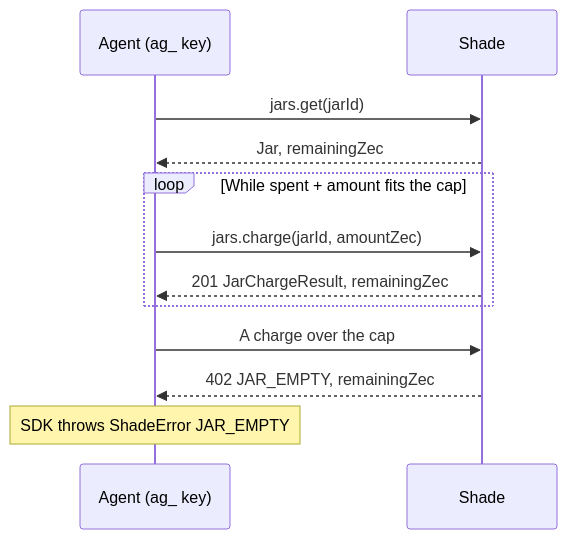
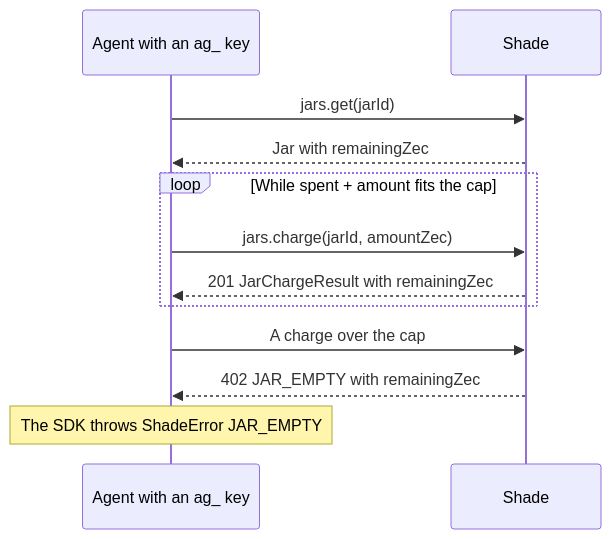
Before and after one commit to billi-x4/Shade: the second of 4 diagrams in backend/sdk/README.md, drawn with Mermaid. The commit also changed other lines of this file and 3 other files, not shown here.

````diff
--- a/backend/sdk/README.md
+++ b/backend/sdk/README.md
@@ -131,14 +259,14 @@
 ```mermaid
 sequenceDiagram
-  participant A as Agent (ag_ key)
+  participant A as Agent with an ag_ key
   participant S as Shade
   A->>S: jars.get(jarId)
-  S-->>A: Jar, remainingZec
+  S-->>A: Jar with remainingZec
   loop While spent + amount fits the cap
     A->>S: jars.charge(jarId, amountZec)
-    S-->>A: 201 JarChargeResult, remainingZec
+    S-->>A: 201 JarChargeResult with remainingZec
   end
   A->>S: A charge over the cap
-  S-->>A: 402 JAR_EMPTY, remainingZec
-  Note over A: SDK throws ShadeError JAR_EMPTY
+  S-->>A: 402 JAR_EMPTY with remainingZec
+  Note over A: The SDK throws ShadeError JAR_EMPTY
 ```
````
